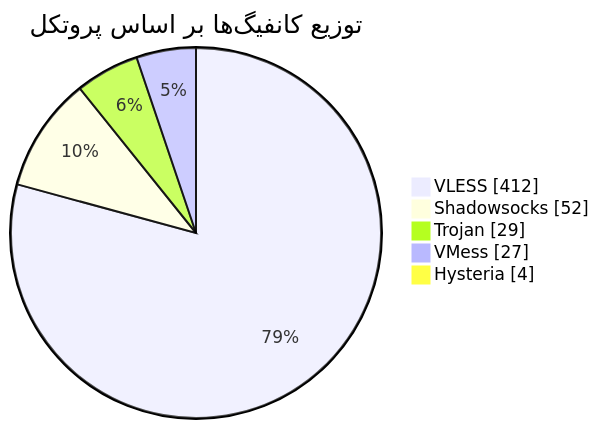
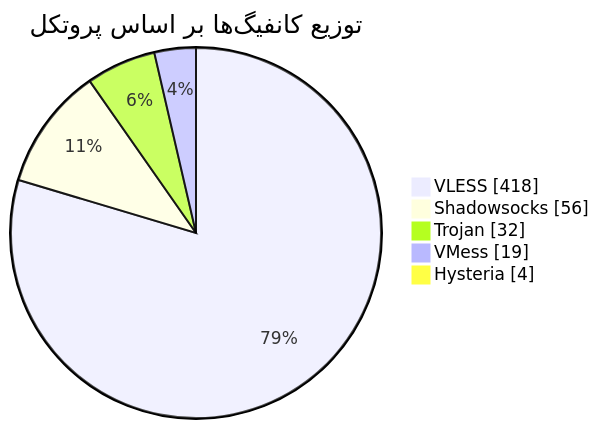
One commit to Arian-Alijani/Somthing changed the diagram in README.md. Above: the diagram before and after it, drawn with Mermaid. The commit also changed other lines of this file and 63 other files, not shown here.

````diff
--- a/README.md
+++ b/README.md
@@ -47,9 +47,9 @@
 ```mermaid
 pie showData
     title توزیع کانفیگ‌ها بر اساس پروتکل
-    "VLESS" : 412
-    "Shadowsocks" : 52
-    "Trojan" : 29
-    "VMess" : 27
+    "VLESS" : 418
+    "Shadowsocks" : 56
+    "Trojan" : 32
+    "VMess" : 19
     "Hysteria" : 4
 ```
````
